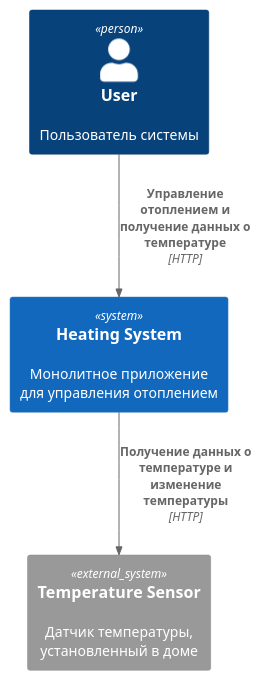
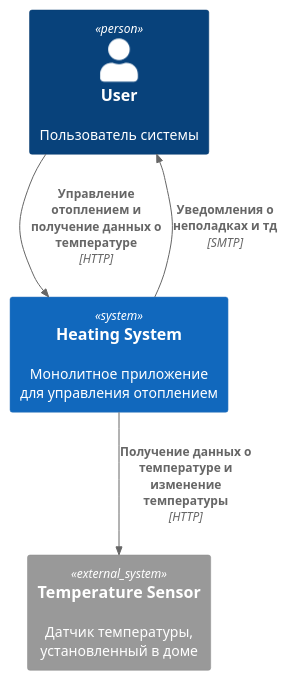
One commit to sergei-nazarov/automatic-succotash changed the diagram in plantUML/monolith-context.puml. Above: the diagram before and after it, drawn with PlantUML. The commit also changed 3 other files, not shown here.

Commit message:
fix diagrams

```diff
--- a/plantUML/monolith-context.puml
+++ b/plantUML/monolith-context.puml
@@ -1,14 +1,15 @@
 @startuml
 !include C4_Context.puml
 
 Person(user, "User", "Пользователь системы")
 
 System(system, "Heating System", "Монолитное приложение для управления отоплением")
 
 System_Ext(sensor, "Temperature Sensor", "Датчик температуры, установленный в доме")
 
 Rel(user, system, "Управление отоплением и получение данных о температуре", "HTTP")
+Rel(system, user, "Уведомления о неполадках и тд", "SMTP")
 
 Rel(system, sensor, "Получение данных о температуре и изменение температуры", "HTTP")
 
 @enduml
```
